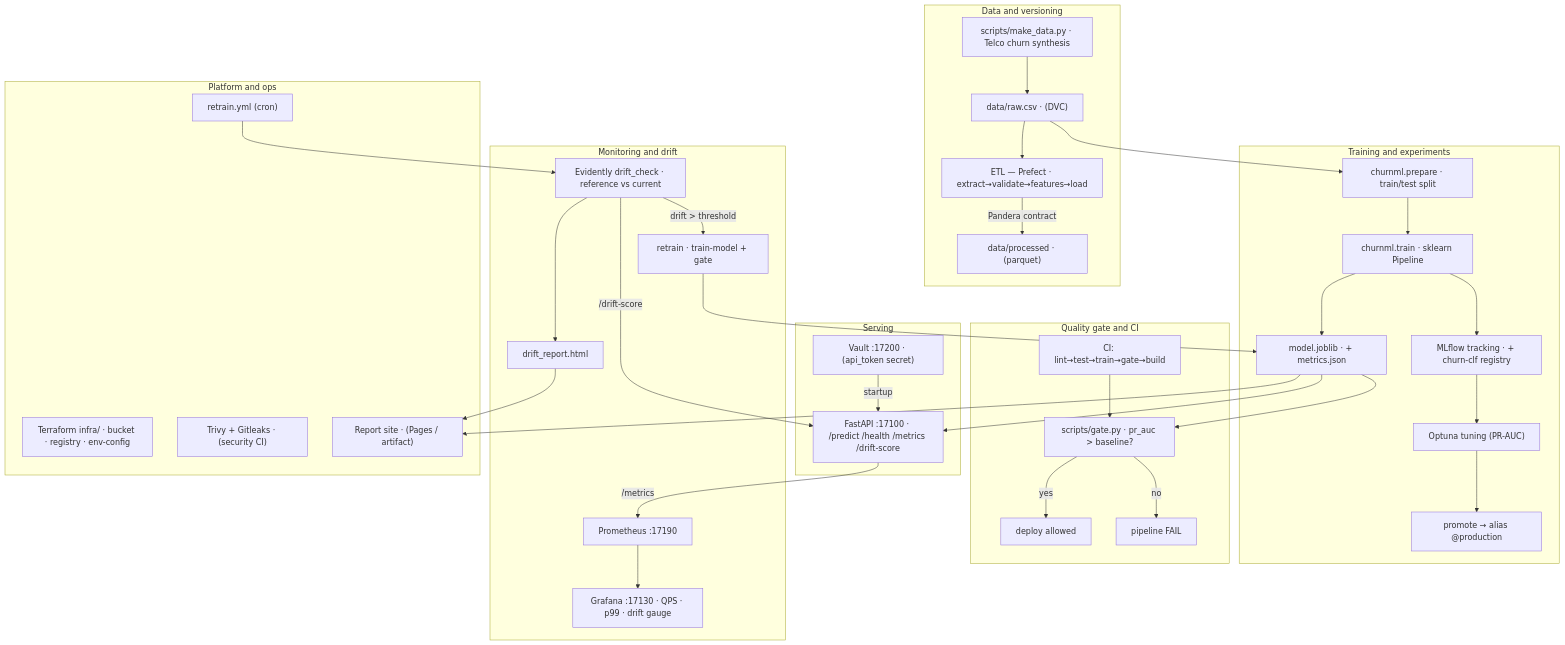
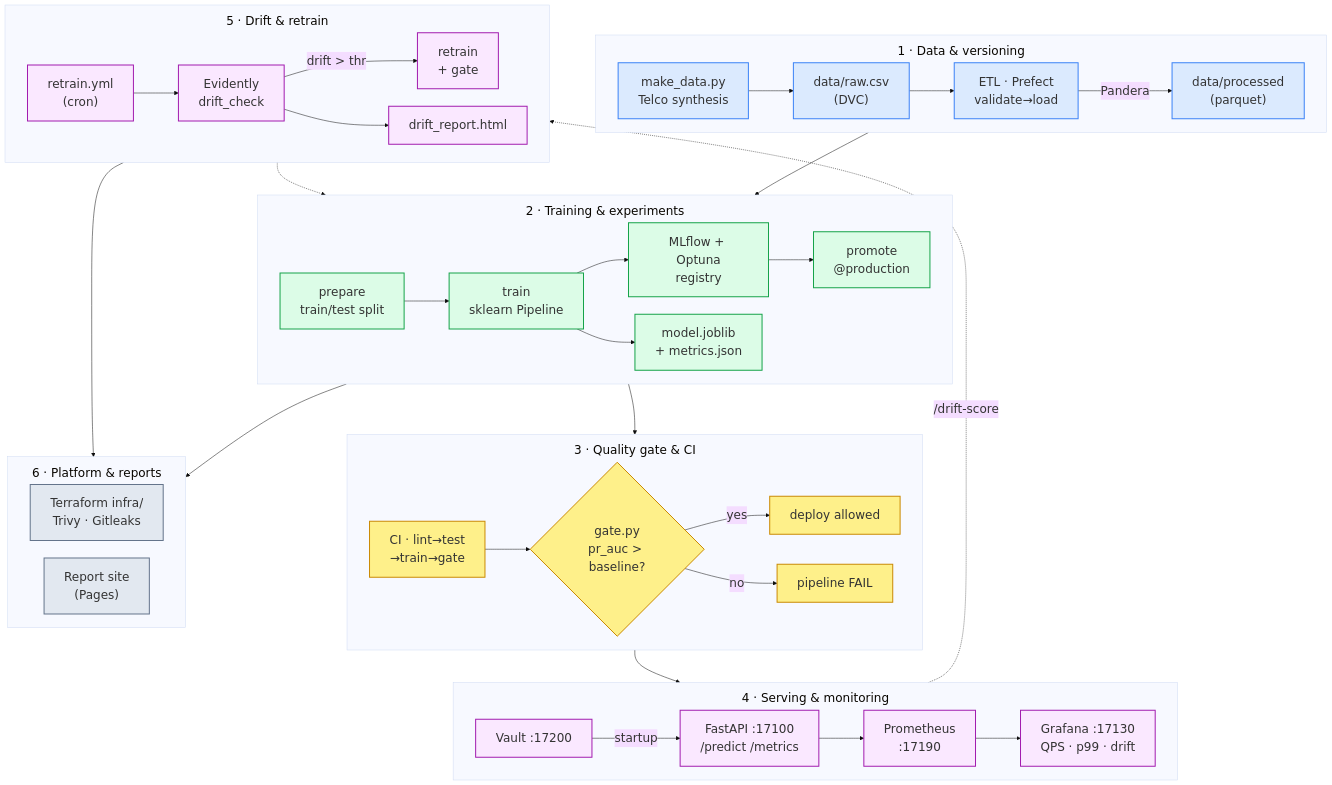
The diagram in docs/architecture.md (jzubielik/mlops-churn-demo), drawn with Mermaid before and after one commit. The commit also changed 1 other file, not shown here.

Commit message:
fix(site): reorganize architecture diagram (TB layers, wrapped labels, no-escape mermaid)

````diff
--- a/docs/architecture.md
+++ b/docs/architecture.md
@@ -9,49 +9,59 @@
 ```mermaid
-flowchart TD
-    subgraph DATA["Data and versioning"]
-        MK["scripts/make_data.py · Telco churn synthesis"] --> RAW["data/raw.csv · (DVC)"]
-        RAW --> ETL["ETL — Prefect · extract→validate→features→load"]
-        ETL -->|Pandera contract| PARQ["data/processed · (parquet)"]
+%%{init: {"theme":"base", "themeVariables":{"fontSize":"24px"}, "flowchart": {"htmlLabels": true, "nodeSpacing": 35, "rankSpacing": 65, "padding": 20, "subGraphTitleMargin": {"top": 14, "bottom": 14}, "curve": "basis"}}}%%
+flowchart TB
+    subgraph DATA["1 · Data &amp; versioning"]
+        direction LR
+        MK["make_data.py<br/>Telco synthesis"] --> RAW["data/raw.csv<br/>(DVC)"] --> ETL["ETL · Prefect<br/>validate→load"] -->|Pandera| PARQ["data/processed<br/>(parquet)"]
     end
 
-    subgraph TRAIN["Training and experiments"]
-        RAW --> PREP["churnml.prepare · train/test split"]
-        PREP --> TR["churnml.train · sklearn Pipeline"]
-        TR --> MLF["MLflow tracking · + churn-clf registry"]
-        MLF --> OPT["Optuna tuning (PR-AUC)"]
-        OPT --> PROMO["promote → alias @production"]
-        TR --> MODEL["model.joblib · + metrics.json"]
+    subgraph TRAIN["2 · Training &amp; experiments"]
+        direction LR
+        PREP["prepare<br/>train/test split"] --> TR["train<br/>sklearn Pipeline"] --> MLF["MLflow + Optuna<br/>registry"] --> PROMO["promote<br/>@production"]
+        TR --> MODEL["model.joblib<br/>+ metrics.json"]
     end
 
-    subgraph GATE["Quality gate and CI"]
-        MODEL --> G["scripts/gate.py · pr_auc > baseline?"]
+    subgraph GATE["3 · Quality gate &amp; CI"]
+        direction LR
+        CI["CI · lint→test<br/>→train→gate"] --> G{"gate.py<br/>pr_auc > baseline?"}
         G -->|yes| OK["deploy allowed"]
         G -->|no| STOP["pipeline FAIL"]
-        CI["CI: lint→test→train→gate→build"] --> G
     end
 
-    subgraph SERVE["Serving"]
-        MODEL --> APP["FastAPI :17100 · /predict /health /metrics /drift-score"]
-        VAULT["Vault :17200 · (api_token secret)"] -->|startup| APP
+    subgraph SERVE["4 · Serving &amp; monitoring"]
+        direction LR
+        VAULT["Vault :17200"] -->|startup| APP["FastAPI :17100<br/>/predict /metrics"] --> PROM["Prometheus<br/>:17190"] --> GRAF["Grafana :17130<br/>QPS · p99 · drift"]
     end
 
-    subgraph MON["Monitoring and drift"]
-        APP -->|/metrics| PROM["Prometheus :17190"]
-        PROM --> GRAF["Grafana :17130 · QPS · p99 · drift gauge"]
-        DRIFT["Evidently drift_check · reference vs current"] -->|/drift-score| APP
+    subgraph MON["5 · Drift &amp; retrain"]
+        direction LR
+        DRIFT["Evidently<br/>drift_check"] -->|drift > thr| RETR["retrain<br/>+ gate"]
         DRIFT --> RPT["drift_report.html"]
-        DRIFT -->|drift > threshold| RETR["retrain · train-model + gate"]
+        CRON["retrain.yml<br/>(cron)"] --> DRIFT
     end
 
-    subgraph OPS["Platform and ops"]
-        TF["Terraform infra/ · bucket · registry · env-config"]
-        SCAN["Trivy + Gitleaks · (security CI)"]
-        PAGES["Report site · (Pages / artifact)"]
-        CRON["retrain.yml (cron)"]
+    subgraph OPS["6 · Platform &amp; reports"]
+        direction LR
+        INFRA["Terraform infra/<br/>Trivy · Gitleaks"]
+        PAGES["Report site<br/>(Pages)"]
     end
 
-    RETR --> MODEL
+    RAW --> PREP
+    MODEL --> G
+    OK --> APP
+    APP -.->|/drift-score| DRIFT
+    RETR -.-> MODEL
     MODEL --> PAGES
     RPT --> PAGES
-    CRON --> DRIFT
+
+    classDef data fill:#dbeafe,stroke:#3b82f6,stroke-width:2px;
+    classDef train fill:#dcfce7,stroke:#16a34a,stroke-width:2px;
+    classDef gate fill:#fef08a,stroke:#ca8a04,stroke-width:2px;
+    classDef serve fill:#fae8ff,stroke:#a21caf,stroke-width:2px;
+    classDef ops fill:#e2e8f0,stroke:#64748b,stroke-width:2px;
+    class MK,RAW,ETL,PARQ data;
+    class PREP,TR,MLF,PROMO,MODEL train;
+    class CI,G,OK,STOP gate;
+    class VAULT,APP,PROM,GRAF serve;
+    class DRIFT,RETR,RPT,CRON serve;
+    class INFRA,PAGES ops;
 ```
````
